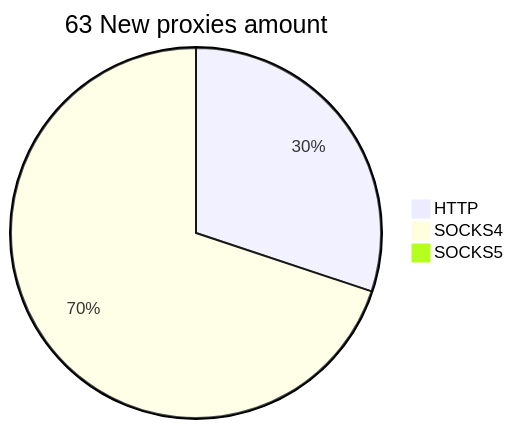
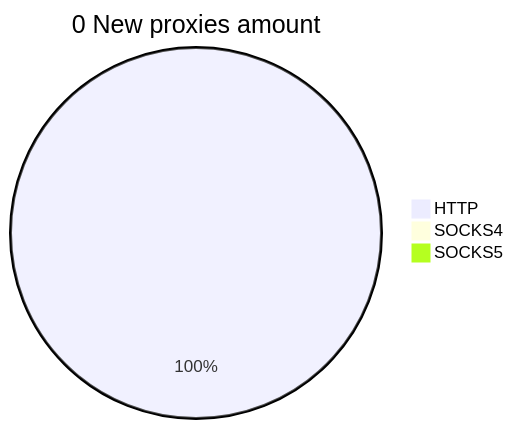
Before and after one commit to cutipu/proxylist: the second of 2 diagrams in README.md, drawn with Mermaid. The commit also changed other lines of this file, not shown here.

````diff
--- a/README.md
+++ b/README.md
@@ -10,6 +10,6 @@
 ```mermaid
-pie title 63 New proxies amount
-    "HTTP" : 28
-    "SOCKS4" : 65
+pie title 0 New proxies amount
+    "HTTP" : 34
+    "SOCKS4" : 0
     "SOCKS5" : 0
 ```
````
